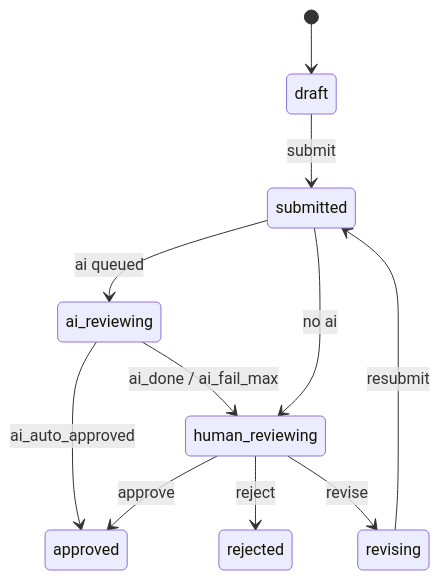
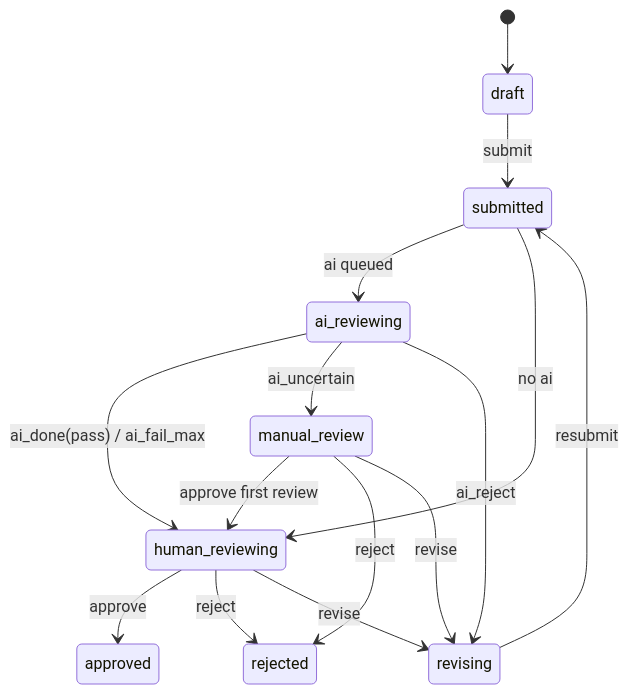
Before and after one commit to URneiU1/LabelHub: the second of 3 diagrams in submission/ARCHITECTURE.md, drawn with Mermaid. The commit also changed other lines of this file and 18 other files, not shown here.

````diff
--- a/submission/ARCHITECTURE.md
+++ b/submission/ARCHITECTURE.md
@@ -31,13 +31,17 @@
 ```mermaid
 stateDiagram-v2
   [*] --> draft
   draft --> submitted: submit
   submitted --> ai_reviewing: ai queued
   submitted --> human_reviewing: no ai
-  ai_reviewing --> approved: ai_auto_approved
-  ai_reviewing --> human_reviewing: ai_done / ai_fail_max
+  ai_reviewing --> human_reviewing: ai_done(pass) / ai_fail_max
+  ai_reviewing --> manual_review: ai_uncertain
+  ai_reviewing --> revising: ai_reject
+  manual_review --> human_reviewing: approve first review
+  manual_review --> rejected: reject
+  manual_review --> revising: revise
   human_reviewing --> approved: approve
   human_reviewing --> rejected: reject
   human_reviewing --> revising: revise
   revising --> submitted: resubmit
 ```
````
